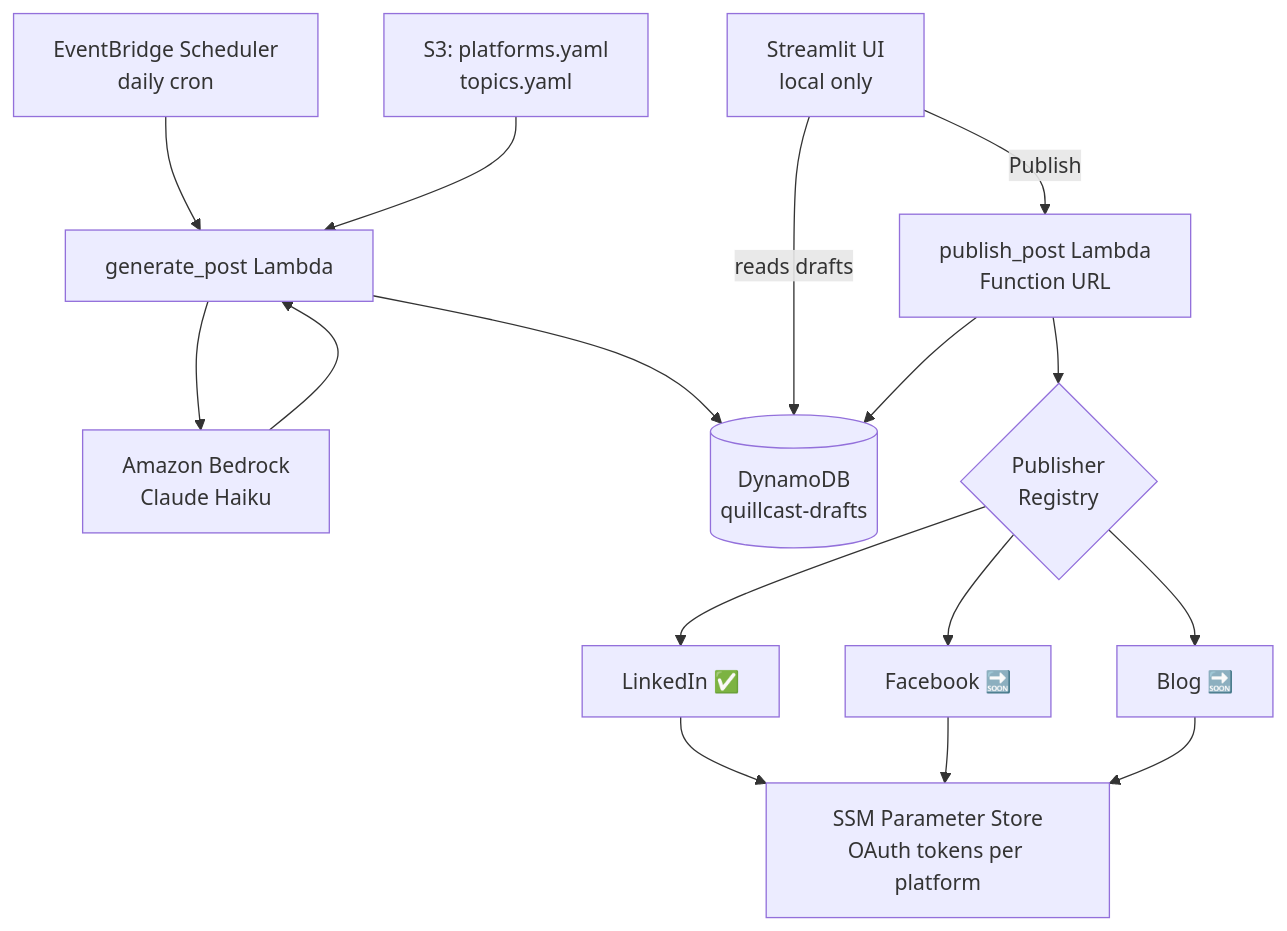
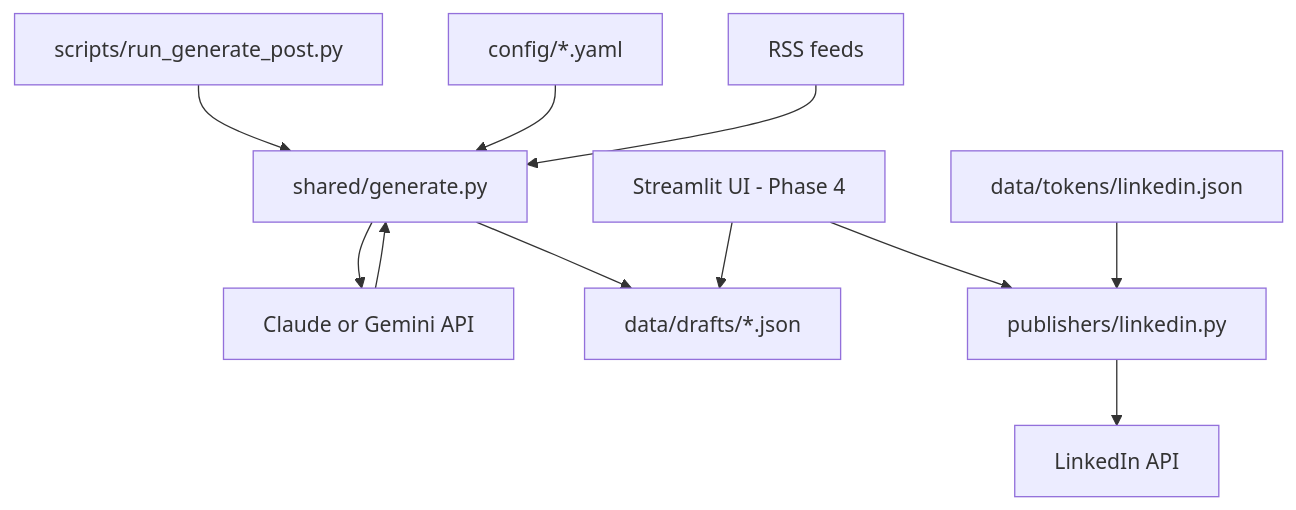
One commit to s-prateek/quillcast changed the diagram in README.md. Above: the diagram before and after it, drawn with Mermaid. The commit also changed other lines of this file and 26 other files, not shown here.

````diff
--- a/README.md
+++ b/README.md
@@ -54,18 +54,14 @@
 ```mermaid
 graph TD
-    A[EventBridge Scheduler\ndaily cron] --> B[generate_post Lambda]
-    C[S3: platforms.yaml\ntopics.yaml] --> B
-    B --> D[Amazon Bedrock\nClaude Haiku]
-    D --> B
-    B --> E[(DynamoDB\nquillcast-drafts)]
+    A[scripts/run_generate_post.py] --> B[shared/generate.py]
+    C[config/*.yaml] --> B
+    D[RSS feeds] --> B
+    B --> E[Claude or Gemini API]
+    E --> B
+    B --> F[data/drafts/*.json]
 
-    F[Streamlit UI\nlocal only] -->|reads drafts| E
-    F -->|Publish| G[publish_post Lambda\nFunction URL]
-    G --> H{Publisher\nRegistry}
-    H --> I[LinkedIn ✅]
-    H --> J[Facebook 🔜]
-    H --> K[Blog 🔜]
-    G --> E
-
-    I & J & K --> L[SSM Parameter Store\nOAuth tokens per platform]
+    G[Streamlit UI - Phase 4] --> F
+    G --> H[publishers/linkedin.py]
+    H --> I[LinkedIn API]
+    J[data/tokens/linkedin.json] --> H
 ```
````
